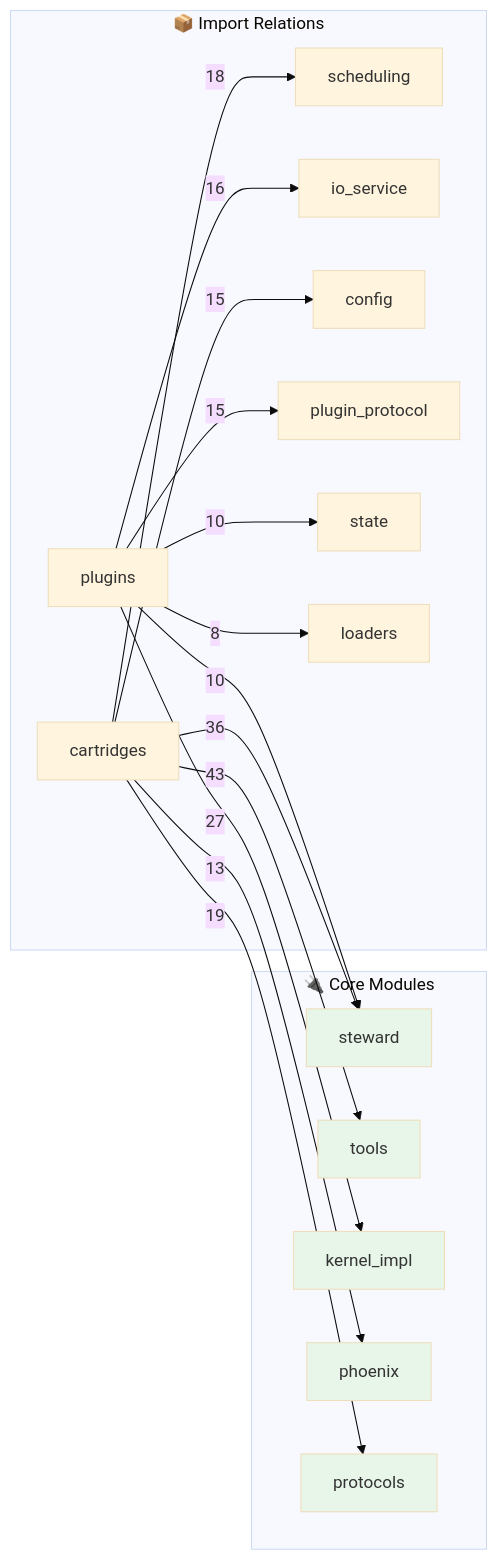
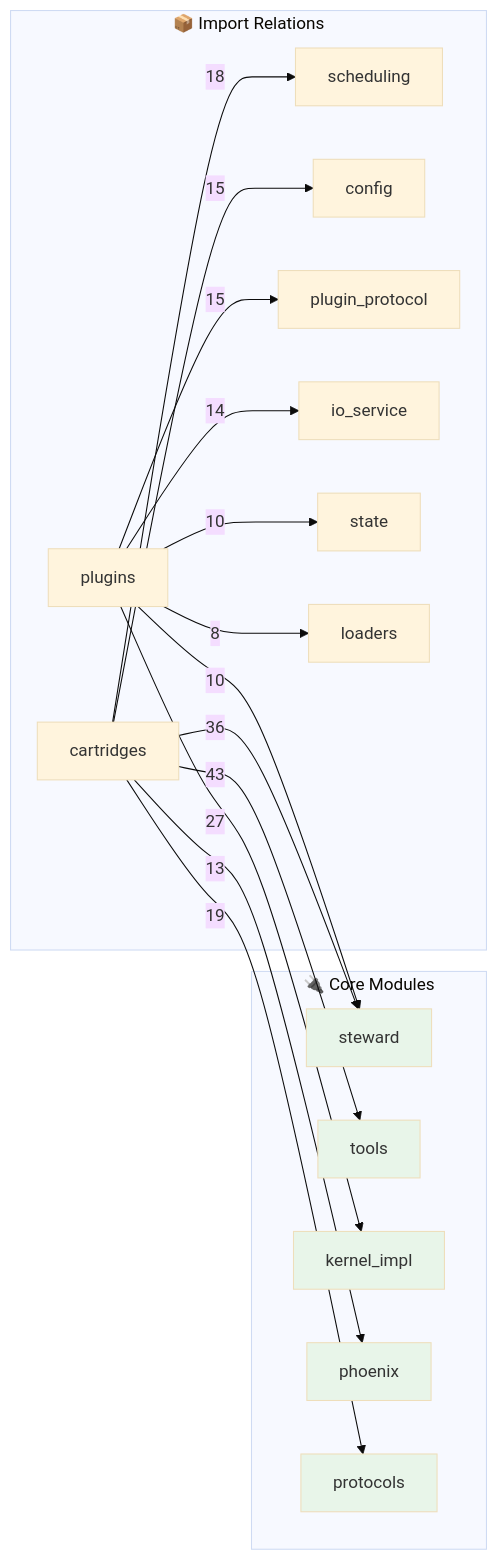
One commit to kimeisele/steward-protocol changed the second of 2 diagrams in OPUS.md. Above: the diagram before and after it, drawn with Mermaid (base theme). The commit also changed other lines of this file and 13 other files, not shown here.

````diff
--- a/OPUS.md
+++ b/OPUS.md
@@ -331,31 +378,31 @@
 ```mermaid
 flowchart LR
     subgraph Core["🔌 Core Modules"]
         steward[steward]
         tools[tools]
         kernel_impl[kernel_impl]
         phoenix[phoenix]
         protocols[protocols]
     end
 
     subgraph Edges["📦 Import Relations"]
         cartridges -->|43| tools
         cartridges -->|36| steward
         plugins -->|27| kernel_impl
         cartridges -->|19| protocols
         cartridges -->|18| scheduling
-        plugins -->|16| io_service
         cartridges -->|15| config
         plugins -->|15| plugin_protocol
+        plugins -->|14| io_service
         cartridges -->|13| phoenix
         plugins -->|10| state
         plugins -->|10| steward
         plugins -->|8| loaders
     end
 
     style steward fill:#e8f5e9
     style tools fill:#e8f5e9
     style kernel_impl fill:#e8f5e9
     style phoenix fill:#e8f5e9
     style protocols fill:#e8f5e9
 ```
````
